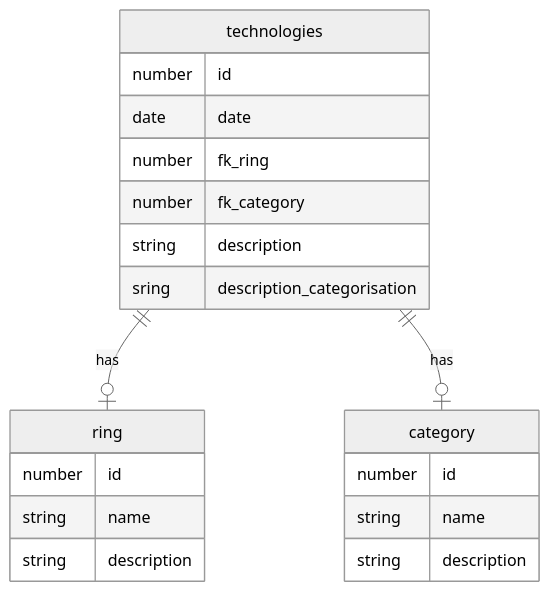
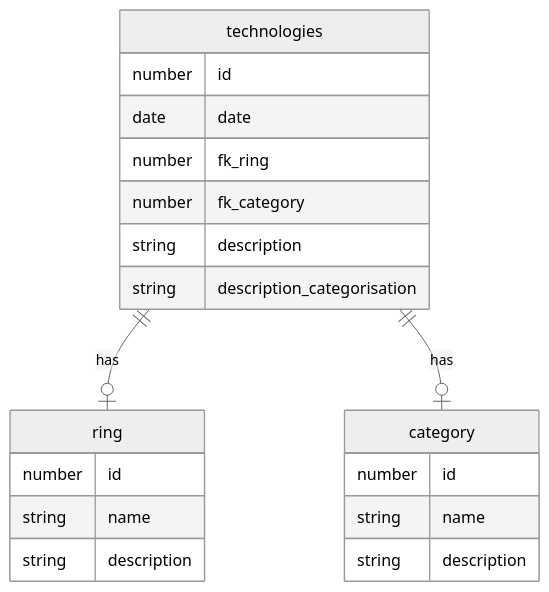
Before and after one commit to flawas/I.BA_WEBLAB: the diagram in Projekteingabe.md, drawn with Mermaid (neutral theme). The commit also changed 14 other files, not shown here.

````diff
--- a/Projekteingabe.md
+++ b/Projekteingabe.md
@@ -58,28 +58,28 @@
 ```mermaid
 erDiagram
 
     technologies ||--o| ring : has
     technologies ||--o| category : has
 
     technologies {
         number id
         date date
         number fk_ring
         number fk_category
         string description
-        sring description_categorisation
+        string description_categorisation
     }
     
     ring{
         number id
         string name
         string description
     }
 
     category {
         number id
         string name
         string description
     }
 
 ```
````
